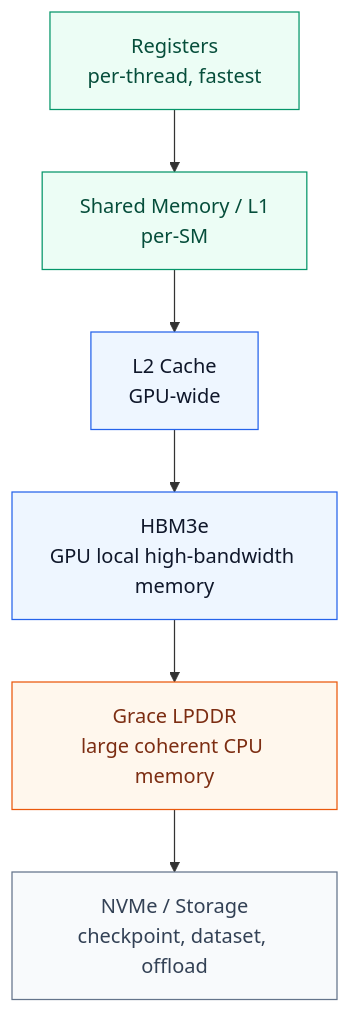
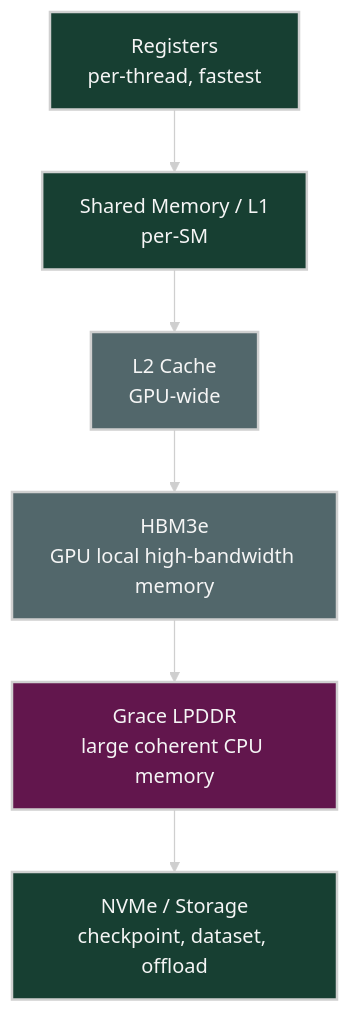
The fourth of 15 diagrams in ai-system-performance-engineering/chap02/README.md (ziwon/ai-data-center-network), drawn with Mermaid before and after one commit. The commit also changed other lines of this file and 35 other files, not shown here.

Commit message:
docs(mermaid): apply dark diagram style

````diff
--- a/ai-system-performance-engineering/chap02/README.md
+++ b/ai-system-performance-engineering/chap02/README.md
@@ -236,20 +239,21 @@
 ```mermaid
+%%{init: {"theme": "base", "themeVariables": {"background": "#171717", "primaryColor": "#232323", "primaryTextColor": "#f5f5f5", "primaryBorderColor": "#d0d0d0", "lineColor": "#cfcfcf", "fontFamily": "Inter, Arial, sans-serif"}}}%%
 flowchart TB
-    classDef fast fill:#ecfdf5,stroke:#059669,color:#064e3b
-    classDef mid fill:#eef6ff,stroke:#2563eb,color:#0f172a
-    classDef slow fill:#fff7ed,stroke:#ea580c,color:#7c2d12
-    classDef cold fill:#f8fafc,stroke:#64748b,color:#334155
+    classDef fast fill:#173f32,stroke:#d0d0d0,color:#f5f5f5,stroke-width:2px;
+    classDef mid fill:#52676b,stroke:#d0d0d0,color:#f5f5f5,stroke-width:2px;
+    classDef slow fill:#62164d,stroke:#d0d0d0,color:#f5f5f5,stroke-width:2px;
+    classDef cold fill:#173f32,stroke:#d0d0d0,color:#f5f5f5,stroke-width:2px;
 
     R[Registers<br/>per-thread, fastest]:::fast
     S[Shared Memory / L1<br/>per-SM]:::fast
     L2[L2 Cache<br/>GPU-wide]:::mid
     HBM[HBM3e<br/>GPU local high-bandwidth memory]:::mid
     CPU[Grace LPDDR<br/>large coherent CPU memory]:::slow
     NVME[NVMe / Storage<br/>checkpoint, dataset, offload]:::cold
 
     R --> S
     S --> L2
     L2 --> HBM
     HBM --> CPU
     CPU --> NVME
 ```
````
